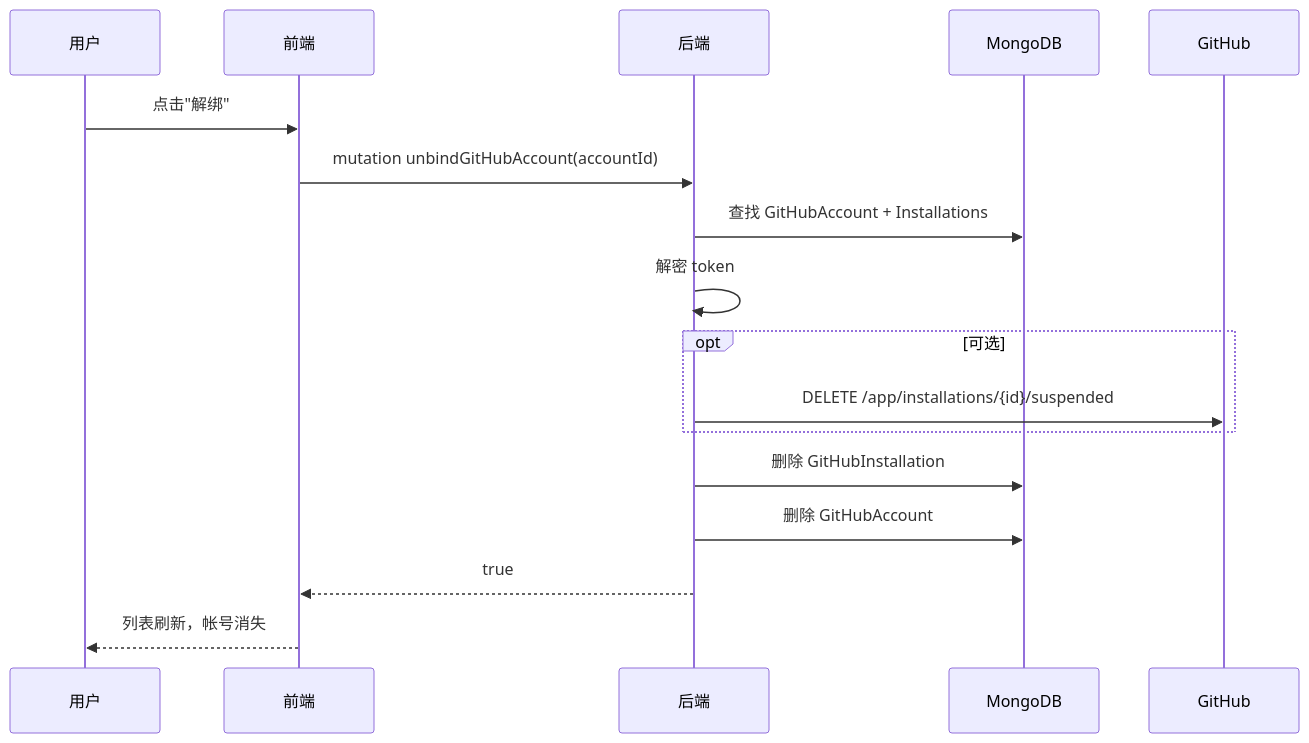
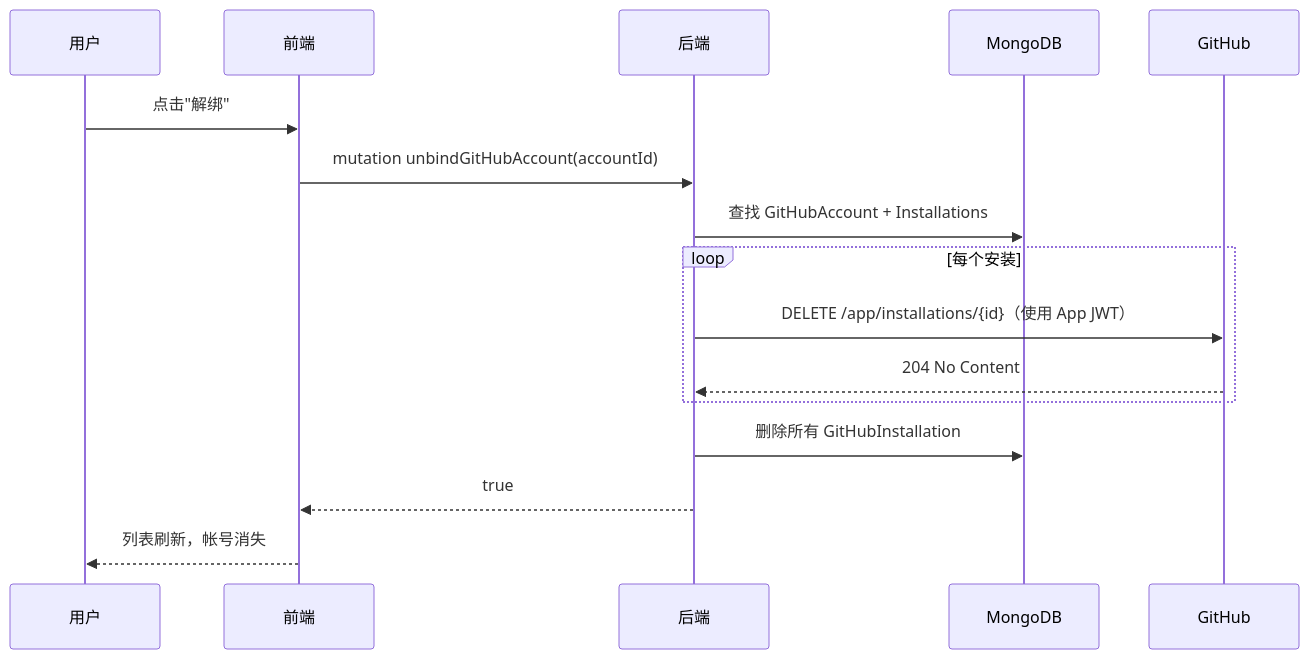
One commit to Deliay/z-agent-gear changed the fourth of 4 diagrams in docs/engineering/proposals/20260709-feat-github-account-binding.md. Above: the diagram before and after it, drawn with Mermaid. The commit also changed 3 other files, not shown here.

First line of the commit message:
feat: auto-uninstall GitHub App on unbind

````diff
--- a/docs/engineering/proposals/20260709-feat-github-account-binding.md
+++ b/docs/engineering/proposals/20260709-feat-github-account-binding.md
@@ -295,20 +295,19 @@
 ```mermaid
 sequenceDiagram
     participant U as 用户
     participant F as 前端
     participant B as 后端
     participant D as MongoDB
     participant GH as GitHub
 
     U->>F: 点击"解绑"
     F->>B: mutation unbindGitHubAccount(accountId)
     B->>D: 查找 GitHubAccount + Installations
-    B->>B: 解密 token
-    opt 可选
-        B->>GH: DELETE /app/installations/{id}/suspended
+    loop 每个安装
+        B->>GH: DELETE /app/installations/{id}（使用 App JWT）
+        GH-->>B: 204 No Content
     end
-    B->>D: 删除 GitHubInstallation
-    B->>D: 删除 GitHubAccount
+    B->>D: 删除所有 GitHubInstallation
     B-->>F: true
     F-->>U: 列表刷新，帐号消失
 ```
````
